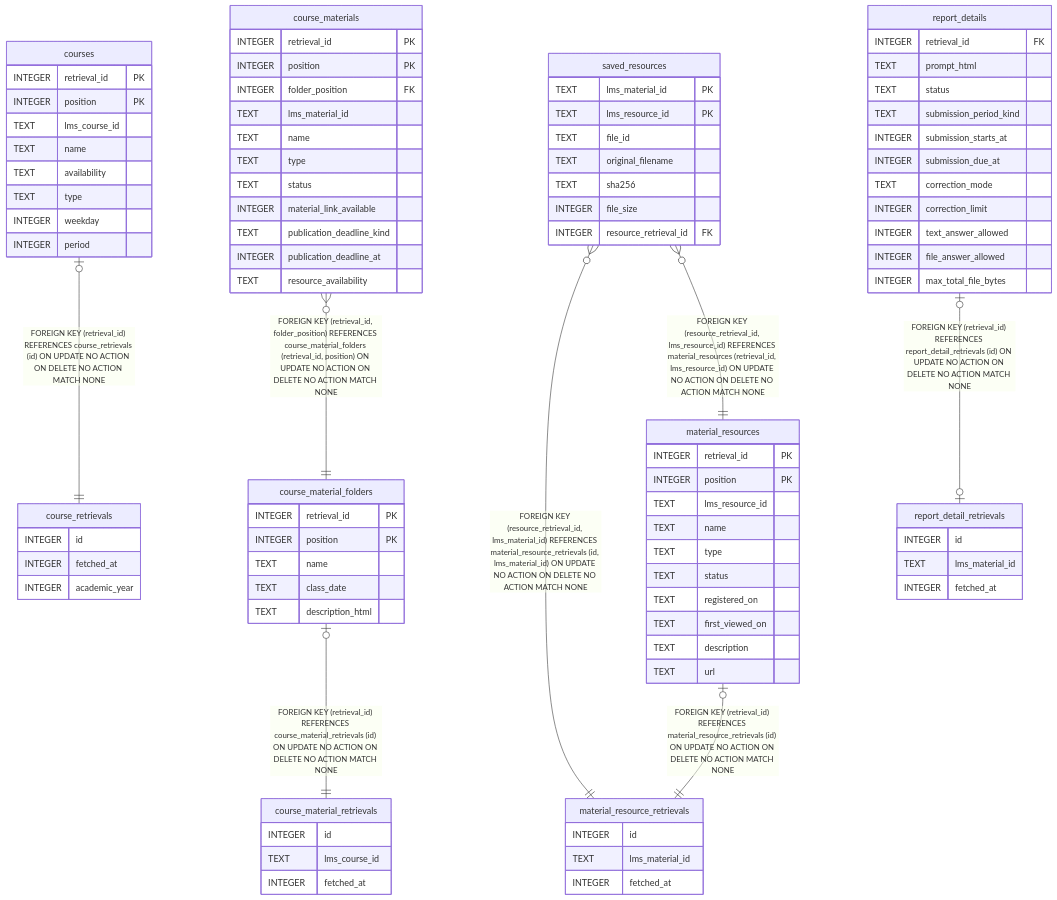
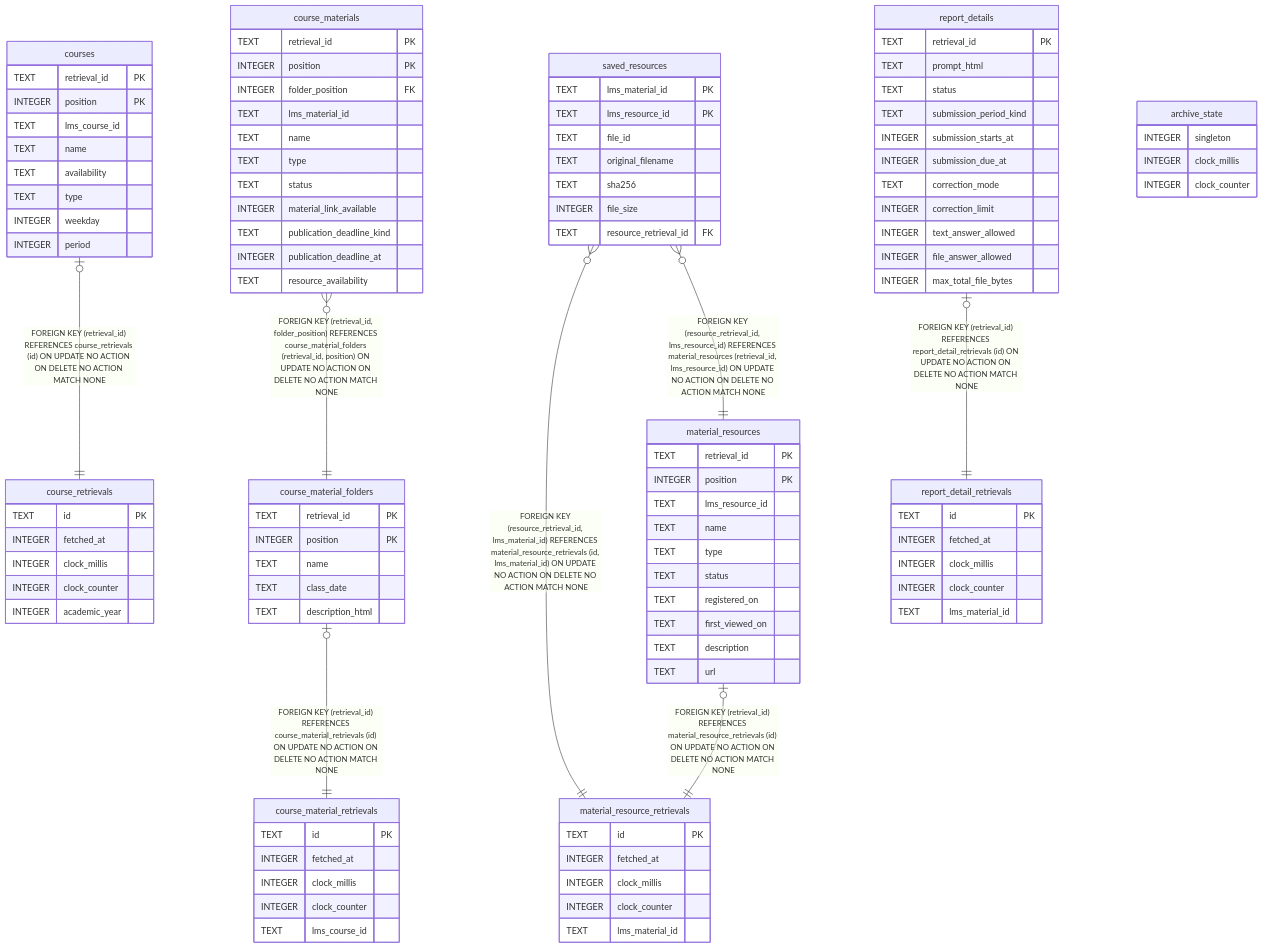
The diagram in docs/db/README.md (futsuuu/ku-potato), drawn with Mermaid before and after one commit. The commit also changed other lines of this file and 50 other files, not shown here.

```diff
--- a/docs/db/README.md
+++ b/docs/db/README.md
@@ -26,15 +27,22 @@
 "material_resources" |o--|| "material_resource_retrievals" : "FOREIGN KEY (retrieval_id) REFERENCES material_resource_retrievals (id) ON UPDATE NO ACTION ON DELETE NO ACTION MATCH NONE"
 "saved_resources" }o--|| "material_resource_retrievals" : "FOREIGN KEY (resource_retrieval_id, lms_material_id) REFERENCES material_resource_retrievals (id, lms_material_id) ON UPDATE NO ACTION ON DELETE NO ACTION MATCH NONE"
 "saved_resources" }o--|| "material_resources" : "FOREIGN KEY (resource_retrieval_id, lms_resource_id) REFERENCES material_resources (retrieval_id, lms_resource_id) ON UPDATE NO ACTION ON DELETE NO ACTION MATCH NONE"
-"report_details" |o--o| "report_detail_retrievals" : "FOREIGN KEY (retrieval_id) REFERENCES report_detail_retrievals (id) ON UPDATE NO ACTION ON DELETE NO ACTION MATCH NONE"
+"report_details" |o--|| "report_detail_retrievals" : "FOREIGN KEY (retrieval_id) REFERENCES report_detail_retrievals (id) ON UPDATE NO ACTION ON DELETE NO ACTION MATCH NONE"
 
+"archive_state" {
+  INTEGER singleton
+  INTEGER clock_millis
+  INTEGER clock_counter
+}
 "course_retrievals" {
-  INTEGER id
+  TEXT id PK
   INTEGER fetched_at
+  INTEGER clock_millis
+  INTEGER clock_counter
   INTEGER academic_year
 }
 "courses" {
-  INTEGER retrieval_id PK
+  TEXT retrieval_id PK
   INTEGER position PK
   TEXT lms_course_id
   TEXT name
@@ -44,19 +52,21 @@
   INTEGER period
 }
 "course_material_retrievals" {
-  INTEGER id
+  TEXT id PK
+  INTEGER fetched_at
+  INTEGER clock_millis
+  INTEGER clock_counter
   TEXT lms_course_id
-  INTEGER fetched_at
 }
 "course_material_folders" {
-  INTEGER retrieval_id PK
+  TEXT retrieval_id PK
   INTEGER position PK
   TEXT name
   TEXT class_date
   TEXT description_html
 }
 "course_materials" {
-  INTEGER retrieval_id PK
+  TEXT retrieval_id PK
   INTEGER position PK
   INTEGER folder_position FK
   TEXT lms_material_id
@@ -69,12 +79,14 @@
   TEXT resource_availability
 }
 "material_resource_retrievals" {
-  INTEGER id
+  TEXT id PK
+  INTEGER fetched_at
+  INTEGER clock_millis
+  INTEGER clock_counter
   TEXT lms_material_id
-  INTEGER fetched_at
 }
 "material_resources" {
-  INTEGER retrieval_id PK
+  TEXT retrieval_id PK
   INTEGER position PK
   TEXT lms_resource_id
   TEXT name
@@ -92,15 +104,17 @@
   TEXT original_filename
   TEXT sha256
   INTEGER file_size
-  INTEGER resource_retrieval_id FK
+  TEXT resource_retrieval_id FK
 }
 "report_detail_retrievals" {
-  INTEGER id
+  TEXT id PK
+  INTEGER fetched_at
+  INTEGER clock_millis
+  INTEGER clock_counter
   TEXT lms_material_id
-  INTEGER fetched_at
 }
 "report_details" {
-  INTEGER retrieval_id FK
+  TEXT retrieval_id PK
   TEXT prompt_html
   TEXT status
   TEXT submission_period_kind
```
